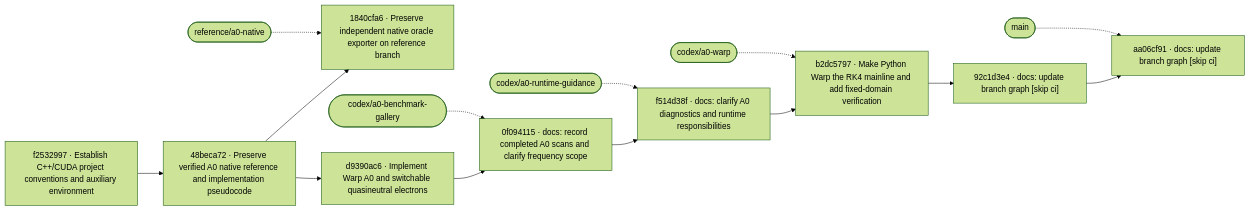
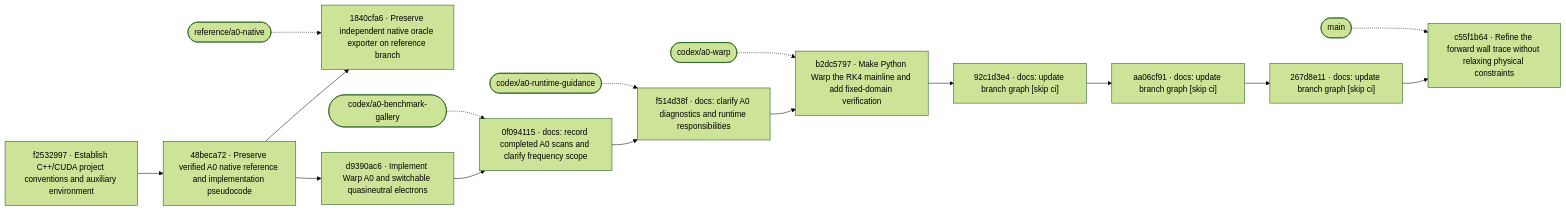
Before and after one commit to ziyu59151/fomhd: the diagram in docs/BRANCH_GRAPH.md, drawn with Mermaid (forest theme). The commit also changed other lines of this file, not shown here.

Commit message:
docs: update branch graph [skip ci]

````diff
--- a/docs/BRANCH_GRAPH.md
+++ b/docs/BRANCH_GRAPH.md
@@ -12,34 +12,40 @@
 ```mermaid
 flowchart LR
   cf25329978364763a695bd185e986a6c0255f5df6["f2532997 · Establish C++/CUDA project conventions and auxiliary environment"]
   click cf25329978364763a695bd185e986a6c0255f5df6 "https://github.com/ziyu59151/fomhd/commit/f25329978364763a695bd185e986a6c0255f5df6"
   c48beca72d3b7260673d6a6823cbbd2b7fcb90581["48beca72 · Preserve verified A0 native reference and implementation pseudocode"]
   cf25329978364763a695bd185e986a6c0255f5df6 --> c48beca72d3b7260673d6a6823cbbd2b7fcb90581
   click c48beca72d3b7260673d6a6823cbbd2b7fcb90581 "https://github.com/ziyu59151/fomhd/commit/48beca72d3b7260673d6a6823cbbd2b7fcb90581"
   c1840cfa60e3b29401c9ea55a4ee8876351f582c1["1840cfa6 · Preserve independent native oracle exporter on reference branch"]
   c48beca72d3b7260673d6a6823cbbd2b7fcb90581 --> c1840cfa60e3b29401c9ea55a4ee8876351f582c1
   click c1840cfa60e3b29401c9ea55a4ee8876351f582c1 "https://github.com/ziyu59151/fomhd/commit/1840cfa60e3b29401c9ea55a4ee8876351f582c1"
   cd9390ac65657974a1cbf7819b9c79b35e2cecd03["d9390ac6 · Implement Warp A0 and switchable quasineutral electrons"]
   c48beca72d3b7260673d6a6823cbbd2b7fcb90581 --> cd9390ac65657974a1cbf7819b9c79b35e2cecd03
   click cd9390ac65657974a1cbf7819b9c79b35e2cecd03 "https://github.com/ziyu59151/fomhd/commit/d9390ac65657974a1cbf7819b9c79b35e2cecd03"
   c0f094115c385781c0356b333dc545539c2ed43d8["0f094115 · docs: record completed A0 scans and clarify frequency scope"]
   cd9390ac65657974a1cbf7819b9c79b35e2cecd03 --> c0f094115c385781c0356b333dc545539c2ed43d8
   click c0f094115c385781c0356b333dc545539c2ed43d8 "https://github.com/ziyu59151/fomhd/commit/0f094115c385781c0356b333dc545539c2ed43d8"
   cf514d38fd4f51a92ca93f68035896675b11dffe1["f514d38f · docs: clarify A0 diagnostics and runtime responsibilities"]
   c0f094115c385781c0356b333dc545539c2ed43d8 --> cf514d38fd4f51a92ca93f68035896675b11dffe1
   click cf514d38fd4f51a92ca93f68035896675b11dffe1 "https://github.com/ziyu59151/fomhd/commit/f514d38fd4f51a92ca93f68035896675b11dffe1"
   cb2dc5797fbe11ef32bb0e42d1b52a411591370e8["b2dc5797 · Make Python Warp the RK4 mainline and add fixed-domain verification"]
   cf514d38fd4f51a92ca93f68035896675b11dffe1 --> cb2dc5797fbe11ef32bb0e42d1b52a411591370e8
   click cb2dc5797fbe11ef32bb0e42d1b52a411591370e8 "https://github.com/ziyu59151/fomhd/commit/b2dc5797fbe11ef32bb0e42d1b52a411591370e8"
   c92c1d3e461424018ac85b1bc71deb5904caf838e["92c1d3e4 · docs: update branch graph [skip ci]"]
   cb2dc5797fbe11ef32bb0e42d1b52a411591370e8 --> c92c1d3e461424018ac85b1bc71deb5904caf838e
   click c92c1d3e461424018ac85b1bc71deb5904caf838e "https://github.com/ziyu59151/fomhd/commit/92c1d3e461424018ac85b1bc71deb5904caf838e"
   caa06cf91b5a0255c31345989f660299822eec8ef["aa06cf91 · docs: update branch graph [skip ci]"]
   c92c1d3e461424018ac85b1bc71deb5904caf838e --> caa06cf91b5a0255c31345989f660299822eec8ef
   click caa06cf91b5a0255c31345989f660299822eec8ef "https://github.com/ziyu59151/fomhd/commit/aa06cf91b5a0255c31345989f660299822eec8ef"
+  c267d8e11d0f359bb7032c0500613c7f608bceda8["267d8e11 · docs: update branch graph [skip ci]"]
+  caa06cf91b5a0255c31345989f660299822eec8ef --> c267d8e11d0f359bb7032c0500613c7f608bceda8
+  click c267d8e11d0f359bb7032c0500613c7f608bceda8 "https://github.com/ziyu59151/fomhd/commit/267d8e11d0f359bb7032c0500613c7f608bceda8"
+  cc55f1b6485873868527874e36e8d84e166756275["c55f1b64 · Refine the forward wall trace without relaxing physical constraints"]
+  c267d8e11d0f359bb7032c0500613c7f608bceda8 --> cc55f1b6485873868527874e36e8d84e166756275
+  click cc55f1b6485873868527874e36e8d84e166756275 "https://github.com/ziyu59151/fomhd/commit/c55f1b6485873868527874e36e8d84e166756275"
   b0(["codex/a0-benchmark-gallery"]) -.-> c0f094115c385781c0356b333dc545539c2ed43d8
   b1(["codex/a0-runtime-guidance"]) -.-> cf514d38fd4f51a92ca93f68035896675b11dffe1
   b2(["codex/a0-warp"]) -.-> cb2dc5797fbe11ef32bb0e42d1b52a411591370e8
-  b3(["main"]) -.-> caa06cf91b5a0255c31345989f660299822eec8ef
+  b3(["main"]) -.-> cc55f1b6485873868527874e36e8d84e166756275
   b4(["reference/a0-native"]) -.-> c1840cfa60e3b29401c9ea55a4ee8876351f582c1
 ```
````
